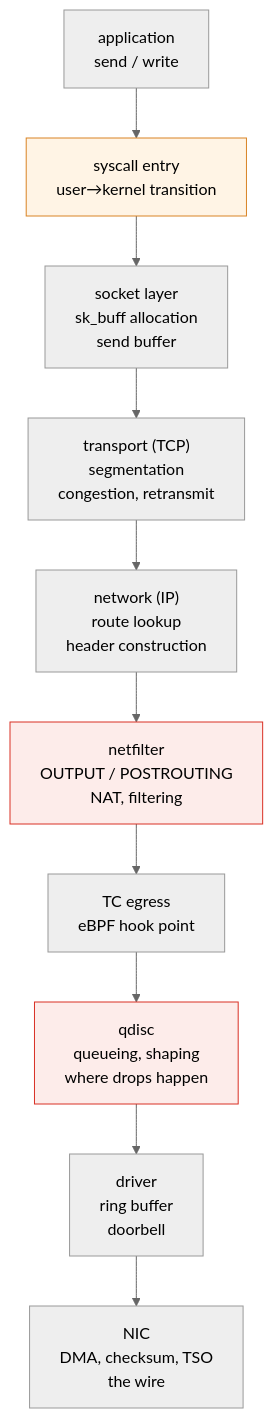
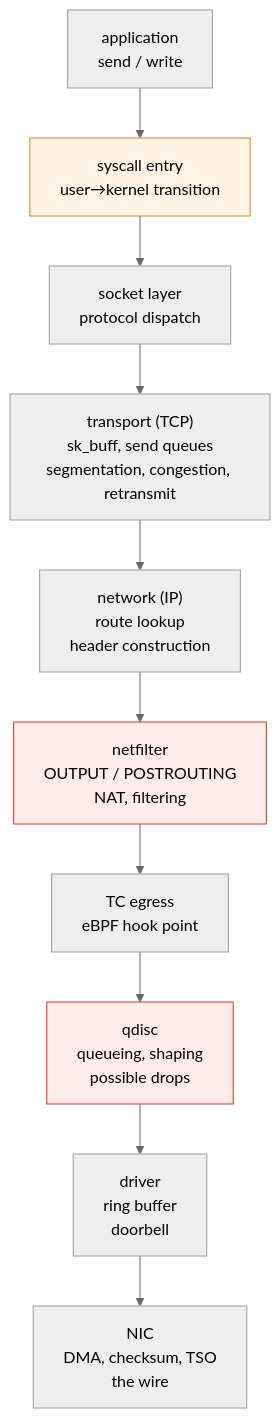
One commit to Atom-oh/kubernetes-docs changed the first of 2 diagrams in en/kernel/02-network-stack.md. Above: the diagram before and after it, drawn with Mermaid (neutral theme). The commit also changed other lines of this file and 31 other files, not shown here.

````diff
--- a/en/kernel/02-network-stack.md
+++ b/en/kernel/02-network-stack.md
@@ -28,16 +53,16 @@
 ```mermaid
 graph TB
     APP["application<br/>send / write"] --> SC["syscall entry<br/>user→kernel transition"]
-    SC --> SK["socket layer<br/>sk_buff allocation<br/>send buffer"]
-    SK --> L4["transport (TCP)<br/>segmentation<br/>congestion, retransmit"]
+    SC --> SK["socket layer<br/>protocol dispatch"]
+    SK --> L4["transport (TCP)<br/>sk_buff, send queues<br/>segmentation, congestion, retransmit"]
     L4 --> L3["network (IP)<br/>route lookup<br/>header construction"]
     L3 --> NFO["netfilter<br/>OUTPUT / POSTROUTING<br/>NAT, filtering"]
     NFO --> TCE["TC egress<br/>eBPF hook point"]
-    TCE --> QD["qdisc<br/>queueing, shaping<br/>where drops happen"]
+    TCE --> QD["qdisc<br/>queueing, shaping<br/>possible drops"]
     QD --> DRV["driver<br/>ring buffer<br/>doorbell"]
     DRV --> NIC["NIC<br/>DMA, checksum, TSO<br/>the wire"]
 
     style SC fill:#fff4e5,stroke:#d98324
     style NFO fill:#fdecea,stroke:#d93025
     style QD fill:#fdecea,stroke:#d93025
 ```
````
